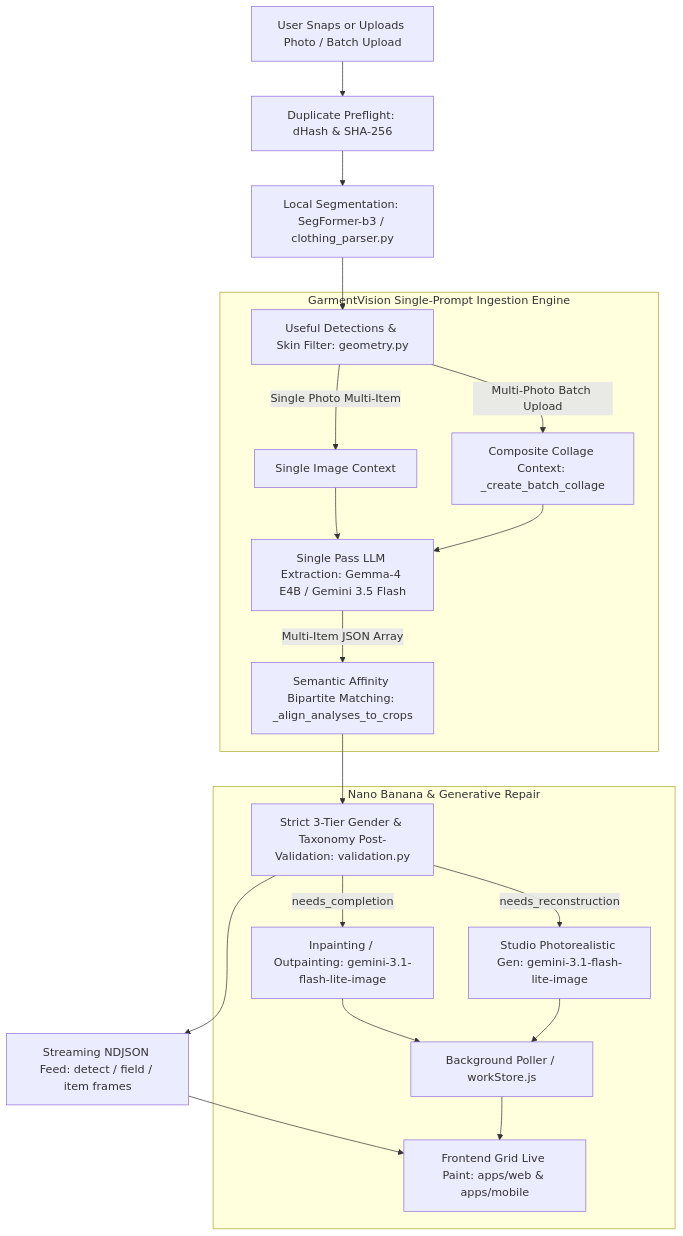
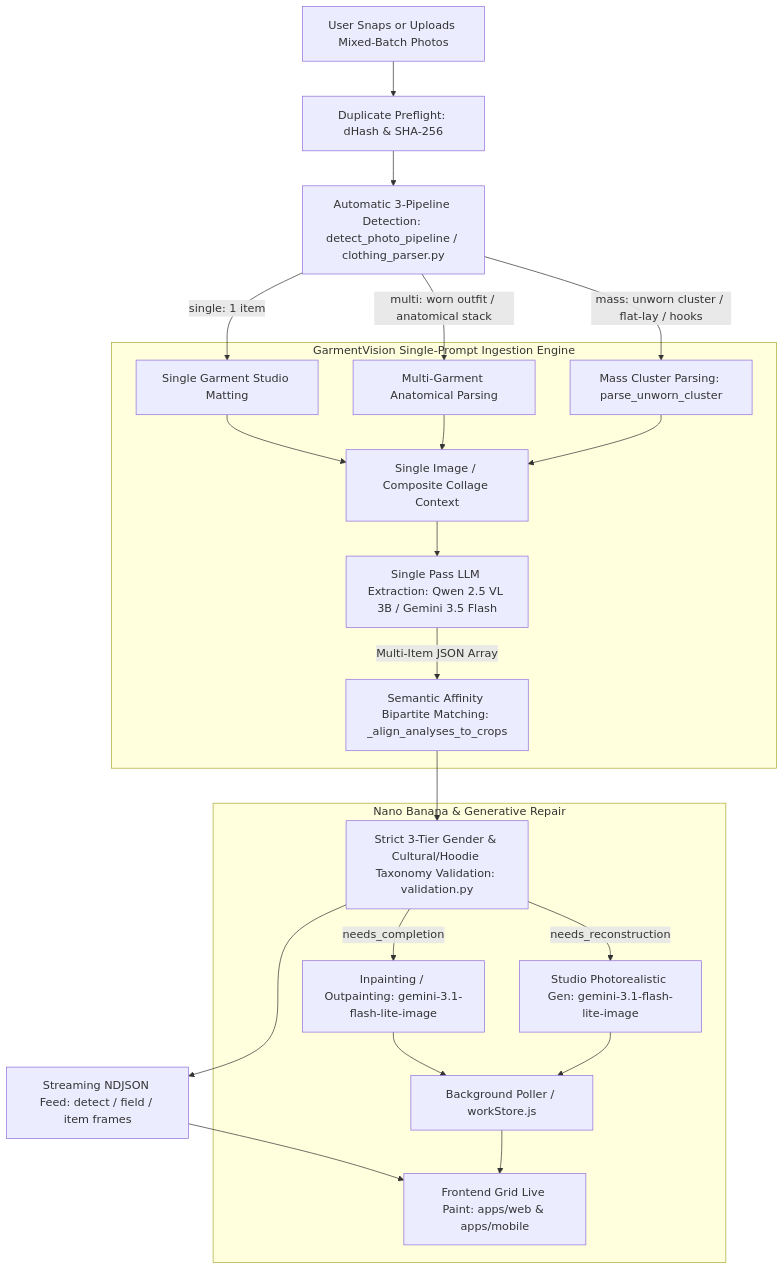
The first of 2 diagrams in apps/web/public/wiki/en/garmentvision.md (Yoram-Jacobs/DressAppV1), drawn with Mermaid before and after one commit. The commit also changed other lines of this file and 665 other files, not shown here.

````diff
--- a/apps/web/public/wiki/en/garmentvision.md
+++ b/apps/web/public/wiki/en/garmentvision.md
@@ -18,26 +18,28 @@
 ```mermaid
 graph TD
-    A[User Snaps or Uploads Photo / Batch Upload] --> B[Duplicate Preflight: dHash & SHA-256]
-    B --> C[Local Segmentation: SegFormer-b3 / clothing_parser.py]
-    C --> D[Useful Detections & Skin Filter: geometry.py]
+    A[User Snaps or Uploads Mixed-Batch Photos] --> B[Duplicate Preflight: dHash & SHA-256]
+    B --> C[Automatic 3-Pipeline Detection: detect_photo_pipeline / clothing_parser.py]
+    C -->|single: 1 item| D1[Single Garment Studio Matting]
+    C -->|multi: worn outfit / anatomical stack| D2[Multi-Garment Anatomical Parsing]
+    C -->|mass: unworn cluster / flat-lay / hooks| D3[Mass Cluster Parsing: parse_unworn_cluster]
     
     subgraph SinglePromptIngestion ["GarmentVision Single-Prompt Ingestion Engine"]
-        D -->|Single Photo Multi-Item| E[Single Image Context]
-        D -->|Multi-Photo Batch Upload| F[Composite Collage Context: _create_batch_collage]
-        E --> G[Single Pass LLM Extraction: Gemma-4 E4B / Gemini 3.5 Flash]
-        F --> G
+        D1 --> E[Single Image / Composite Collage Context]
+        D2 --> E
+        D3 --> E
+        E --> G[Single Pass LLM Extraction: Qwen 2.5 VL 3B / Gemini 3.5 Flash]
         G -->|Multi-Item JSON Array| H[Semantic Affinity Bipartite Matching: _align_analyses_to_crops]
     end
     
-    H --> I[Strict 3-Tier Gender & Taxonomy Post-Validation: validation.py]
+    H --> I[Strict 3-Tier Gender & Cultural/Hoodie Taxonomy Validation: validation.py]
     I --> J[Streaming NDJSON Feed: detect / field / item frames]
     J --> K[Frontend Grid Live Paint: apps/web & apps/mobile]
     
     subgraph GenerativeRepair ["Nano Banana & Generative Repair"]
         I -->|needs_completion| L[Inpainting / Outpainting: gemini-3.1-flash-lite-image]
         I -->|needs_reconstruction| M[Studio Photorealistic Gen: gemini-3.1-flash-lite-image]
         L --> N[Background Poller / workStore.js]
         M --> N
         N --> K
     end
 ```
````
